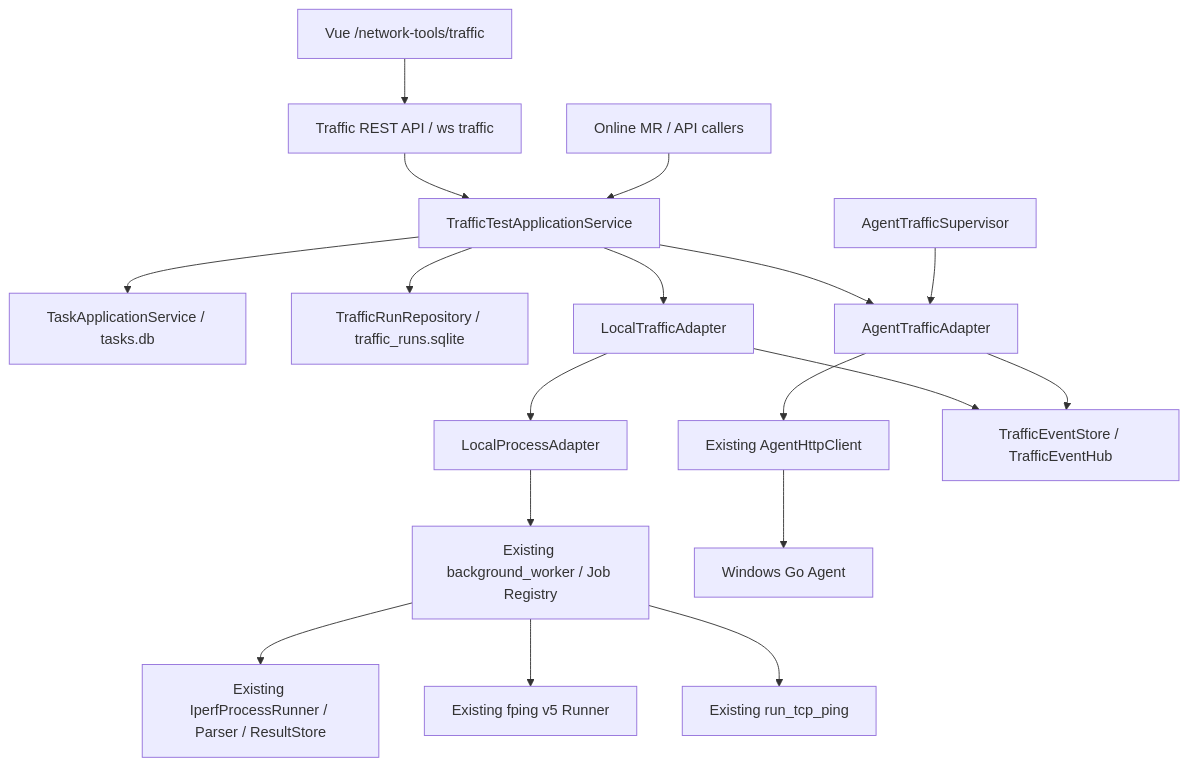
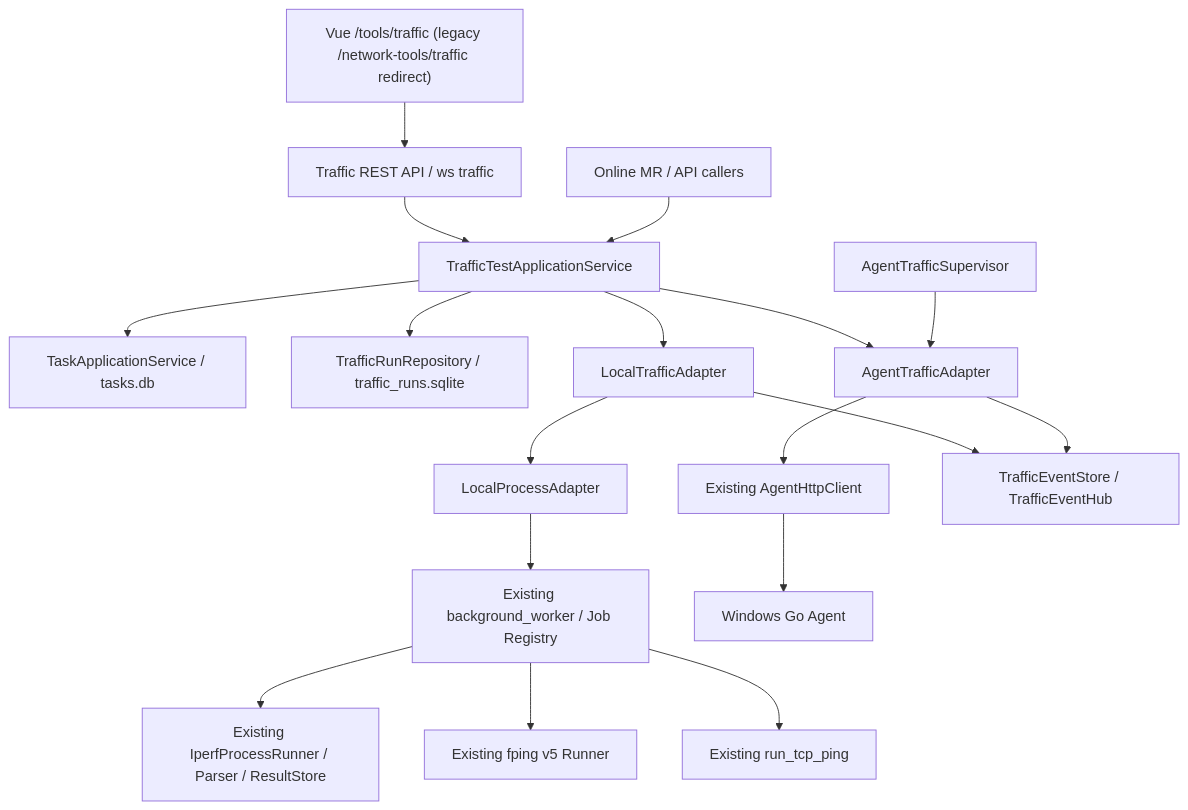
Before and after one commit to wxj183589/NetConsole: the diagram in docs/TRAFFIC_TEST_ARCHITECTURE.md, drawn with Mermaid. The commit also changed other lines of this file and 32 other files, not shown here.

````diff
--- a/docs/TRAFFIC_TEST_ARCHITECTURE.md
+++ b/docs/TRAFFIC_TEST_ARCHITECTURE.md
@@ -16,20 +16,20 @@
 ```mermaid
 flowchart TD
-    WEB["Vue /network-tools/traffic"] --> API["Traffic REST API / ws traffic"]
+    WEB["Vue /tools/traffic (legacy /network-tools/traffic redirect)"] --> API["Traffic REST API / ws traffic"]
     API --> APP["TrafficTestApplicationService"]
     CALLER["Online MR / API callers"] --> APP
     APP --> TASK["TaskApplicationService / tasks.db"]
     APP --> RUNS["TrafficRunRepository / traffic_runs.sqlite"]
     APP --> LOCAL["LocalTrafficAdapter"]
     APP --> REMOTE["AgentTrafficAdapter"]
     LOCAL --> HOST["LocalProcessAdapter"]
     HOST --> WORKER["Existing background_worker / Job Registry"]
     WORKER --> IRUN["Existing IperfProcessRunner / Parser / ResultStore"]
     WORKER --> FPING["Existing fping v5 Runner"]
     WORKER --> TCP["Existing run_tcp_ping"]
     REMOTE --> CLIENT["Existing AgentHttpClient"]
     CLIENT --> AGENT["Windows Go Agent"]
     SUP["AgentTrafficSupervisor"] --> REMOTE
     LOCAL --> EVENTS["TrafficEventStore / TrafficEventHub"]
     REMOTE --> EVENTS
 ```
````
